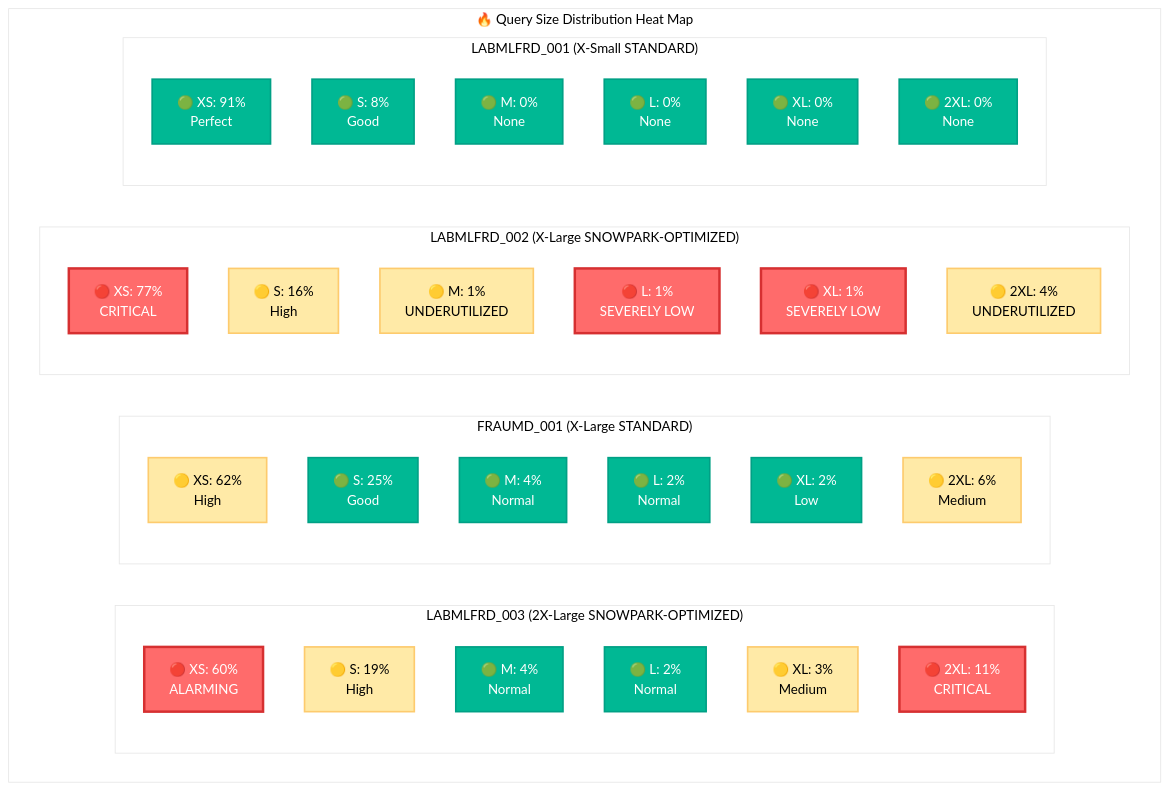
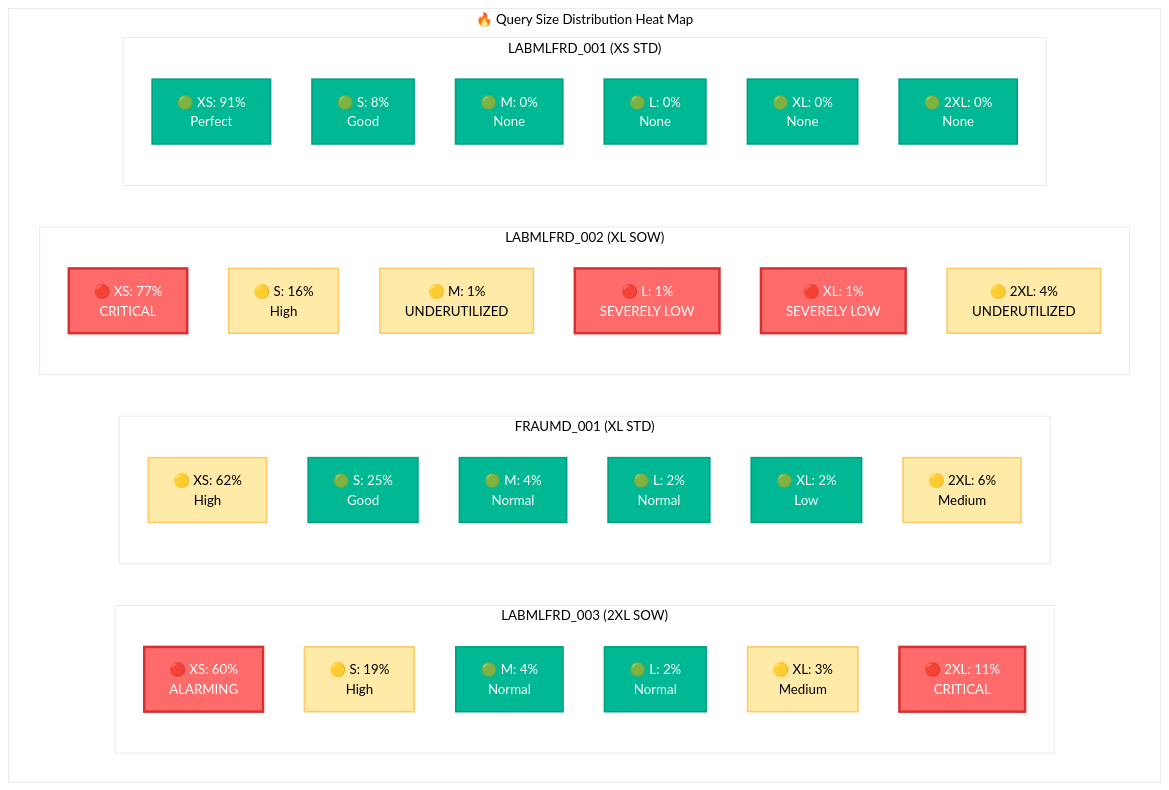
One commit to sfc-gh-mhindi/REPO_CBA changed the first of 3 diagrams in WH Analysis/FRAUMD_Warehouse_Analysis_Guide.md. Above: the diagram before and after it, drawn with Mermaid. The commit also changed other lines of this file and 1 other file, not shown here.

````diff
--- a/WH Analysis/FRAUMD_Warehouse_Analysis_Guide.md
+++ b/WH Analysis/FRAUMD_Warehouse_Analysis_Guide.md
@@ -104,49 +104,49 @@
 ```mermaid
 %%{init: {'theme':'base', 'themeVariables': { 'primaryColor': '#ff6b6b', 'primaryTextColor': '#fff', 'primaryBorderColor': '#7C0000', 'lineColor': '#F8B229', 'secondaryColor': '#006100', 'tertiaryColor': '#fff'}}}%%
 flowchart TB
     subgraph "🔥 Query Size Distribution Heat Map"
-        subgraph "LABMLFRD_003 (2X-Large SNOWPARK-OPTIMIZED)"
+        subgraph "LABMLFRD_003 (2XL SOW)"
             L003_XS["🔴 XS: 60%<br/>ALARMING"]
             L003_S["🟡 S: 19%<br/>High"]
             L003_M["🟢 M: 4%<br/>Normal"]
             L003_L["🟢 L: 2%<br/>Normal"]
             L003_XL["🟡 XL: 3%<br/>Medium"]
             L003_2XL["🔴 2XL: 11%<br/>CRITICAL"]
         end
         
-        subgraph "FRAUMD_001 (X-Large STANDARD)"
+        subgraph "FRAUMD_001 (XL STD)"
             F001_XS["🟡 XS: 62%<br/>High"]
             F001_S["🟢 S: 25%<br/>Good"]
             F001_M["🟢 M: 4%<br/>Normal"]
             F001_L["🟢 L: 2%<br/>Normal"]
             F001_XL["🟢 XL: 2%<br/>Low"]
             F001_2XL["🟡 2XL: 6%<br/>Medium"]
         end
         
-        subgraph "LABMLFRD_002 (X-Large SNOWPARK-OPTIMIZED)"
+        subgraph "LABMLFRD_002 (XL SOW)"
             L002_XS["🔴 XS: 77%<br/>CRITICAL"]
             L002_S["🟡 S: 16%<br/>High"]
             L002_M["🟡 M: 1%<br/>UNDERUTILIZED"]
             L002_L["🔴 L: 1%<br/>SEVERELY LOW"]
             L002_XL["🔴 XL: 1%<br/>SEVERELY LOW"]
             L002_2XL["🟡 2XL: 4%<br/>UNDERUTILIZED"]
         end
         
-        subgraph "LABMLFRD_001 (X-Small STANDARD)"
+        subgraph "LABMLFRD_001 (XS STD)"
             L001_XS["🟢 XS: 91%<br/>Perfect"]
             L001_S["🟢 S: 8%<br/>Good"]
             L001_M["🟢 M: 0%<br/>None"]
             L001_L["🟢 L: 0%<br/>None"]
             L001_XL["🟢 XL: 0%<br/>None"]
             L001_2XL["🟢 2XL: 0%<br/>None"]
         end
     end
     
     classDef critical fill:#ff6b6b,stroke:#d63031,stroke-width:3px,color:#fff
     classDef warning fill:#ffeaa7,stroke:#fdcb6e,stroke-width:2px,color:#000
     classDef good fill:#00b894,stroke:#00a085,stroke-width:2px,color:#fff
     
     class L003_XS,L003_2XL,L002_XS,L002_L,L002_XL critical
     class L003_S,L003_XL,F001_XS,F001_2XL,L002_S,L002_M,L002_2XL warning
     class L003_M,L003_L,F001_S,F001_M,F001_L,F001_XL,L001_XS,L001_S,L001_M,L001_L,L001_XL,L001_2XL good
 ```
````
